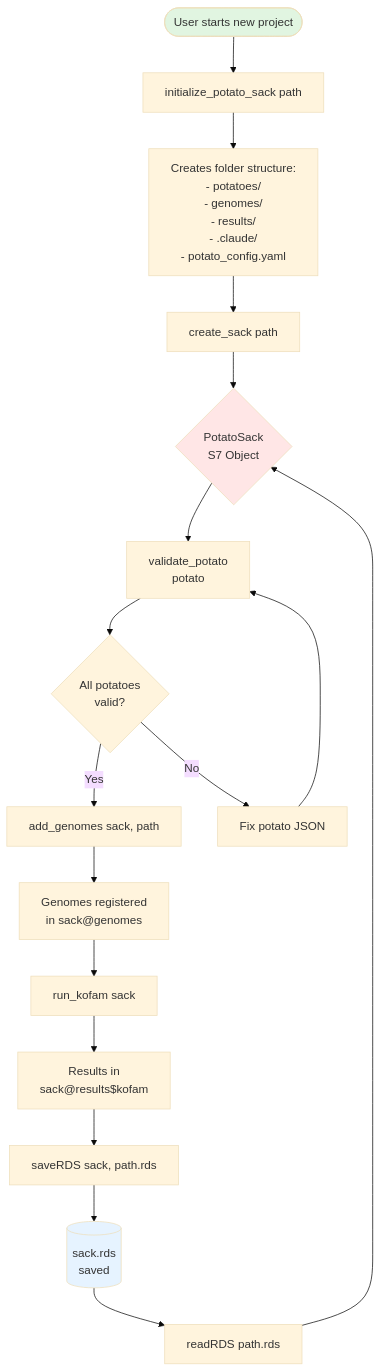
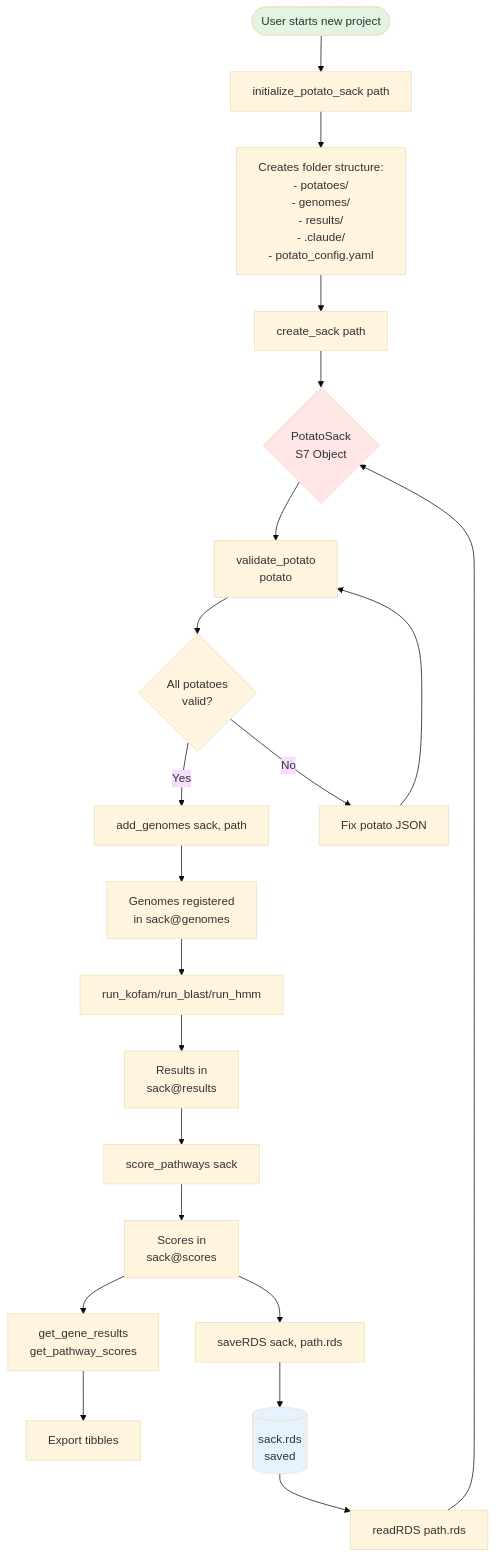
One commit to jeffkimbrel/potato changed the first of 7 diagrams in WORKFLOW.md. Above: the diagram before and after it, drawn with Mermaid (base theme). The commit also changed other lines of this file and 6 other files, not shown here.

````diff
--- a/WORKFLOW.md
+++ b/WORKFLOW.md
@@ -7,30 +7,36 @@
 ```mermaid
 flowchart TD
     Start([User starts new project]) --> Init[initialize_potato_sack path]
     Init --> Structure[Creates folder structure:<br/>- potatoes/<br/>- genomes/<br/>- results/<br/>- .claude/<br/>- potato_config.yaml]
     
     Structure --> Create[create_sack path]
     Create --> Sack{PotatoSack<br/>S7 Object}
     
     Sack --> Validate[validate_potato<br/>potato]
     Validate --> Valid{All potatoes<br/>valid?}
     
     Valid -->|Yes| AddGenomes[add_genomes sack, path]
     Valid -->|No| Fix[Fix potato JSON]
     Fix --> Validate
     
     AddGenomes --> Registered[Genomes registered<br/>in sack@genomes]
     
-    Registered --> Annotate[run_kofam sack]
-    Annotate --> Results[Results in<br/>sack@results$kofam]
+    Registered --> Annotate[run_kofam/run_blast/run_hmm]
+    Annotate --> Results[Results in<br/>sack@results]
     
-    Results --> Save[saveRDS sack, path.rds]
+    Results --> Score[score_pathways sack]
+    Score --> Scored[Scores in<br/>sack@scores]
+    
+    Scored --> Export[get_gene_results<br/>get_pathway_scores]
+    Export --> Tibbles[Export tibbles]
+    
+    Scored --> Save[saveRDS sack, path.rds]
     Save --> RDS[(sack.rds<br/>saved)]
     
     RDS --> LoadRDS[readRDS path.rds]
     LoadRDS --> Sack
     
     style Start fill:#e1f5e1
     style Sack fill:#ffe6e6
     style RDS fill:#e6f3ff
 ```
````
